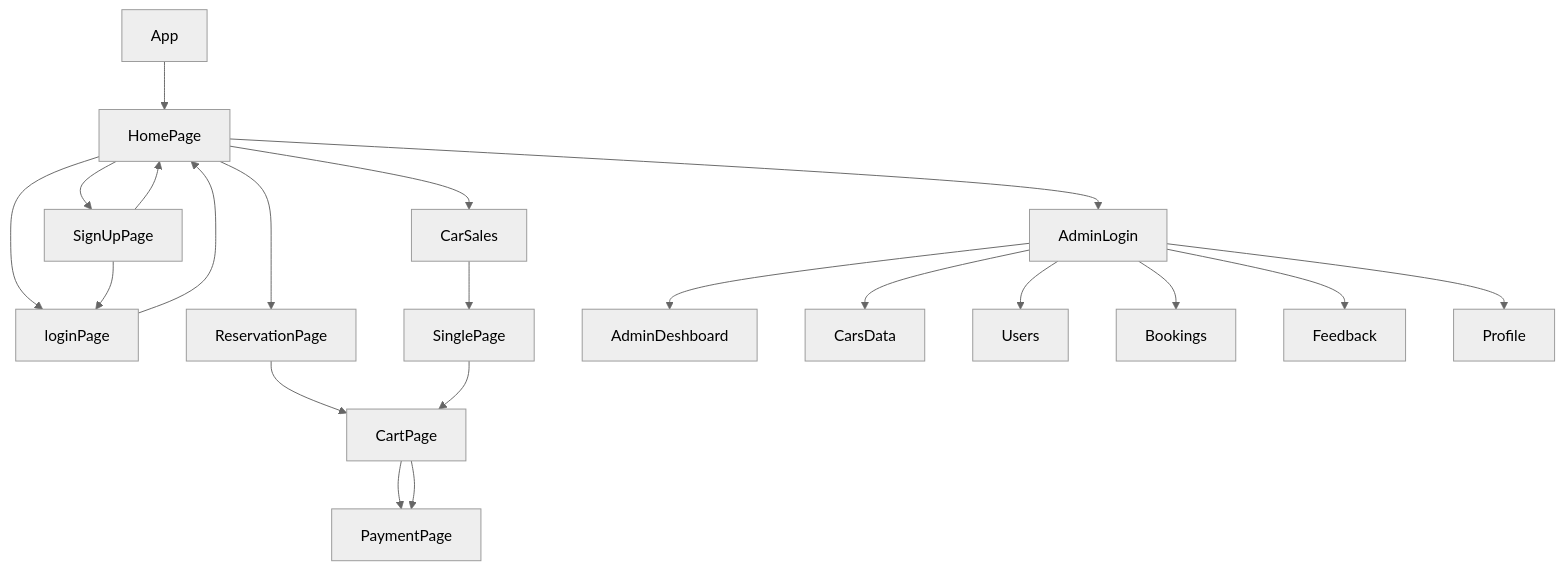
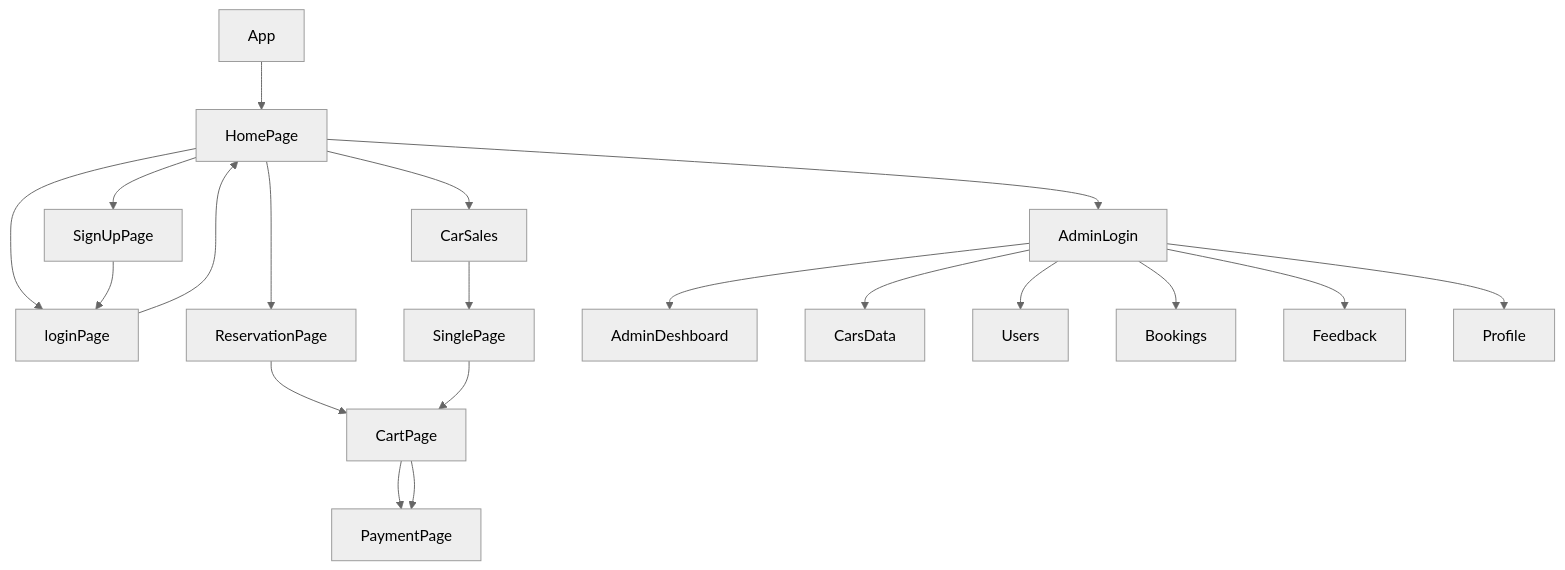
Before and after one commit to shikhu51197/Avis-Rentals: the diagram in README.md, drawn with Mermaid (neutral theme).

````diff
--- a/README.md
+++ b/README.md
@@ -85,24 +85,23 @@
 ```mermaid
 graph TD;
     App-->HomePage
     HomePage-->SignUpPage;
     HomePage-->loginPage;
-    SignUpPage--> HomePage;
       SignUpPage-->loginPage;
        loginPage-->HomePage;
        HomePage --> ReservationPage
        ReservationPage-->CartPage
        CartPage-->PaymentPage
        HomePage -->CarSales
        CarSales-->SinglePage
        SinglePage --> CartPage
        CartPage-->PaymentPage
        HomePage --> AdminLogin
        AdminLogin-->AdminDeshboard
        AdminLogin -->CarsData
        AdminLogin -->Users
        AdminLogin -->Bookings
        AdminLogin -->Feedback
        AdminLogin -->Profile
        
 ```
````
